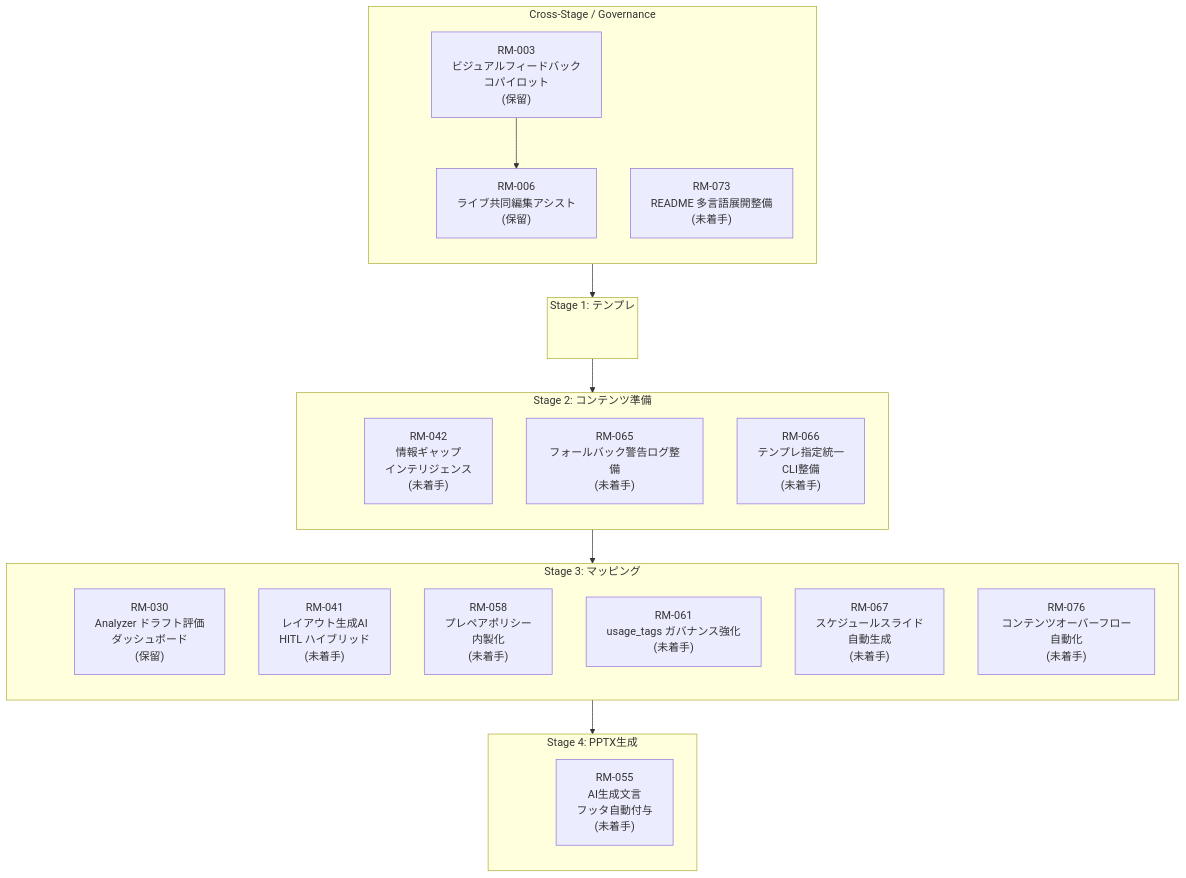
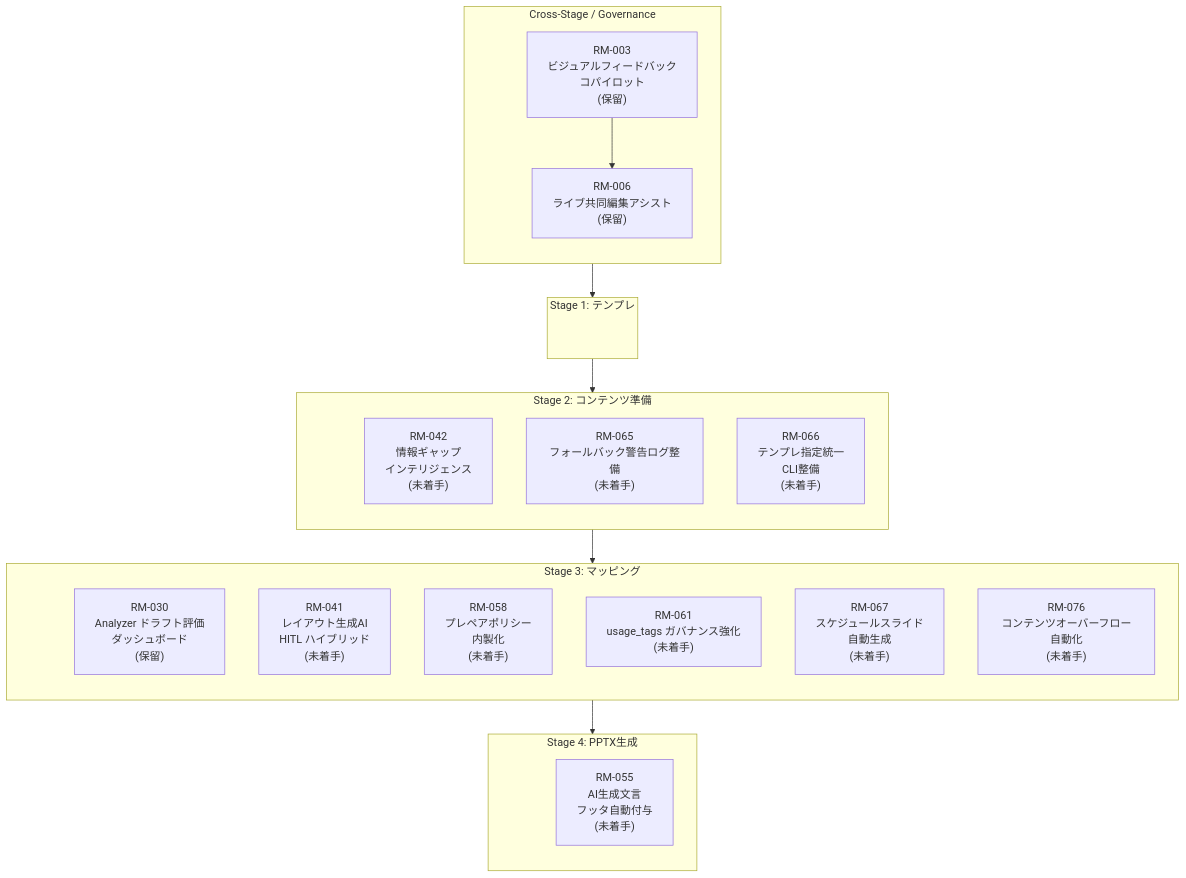
The diagram in docs/roadmap/roadmap.md (yurake/pptx_generator), drawn with Mermaid before and after one commit. The commit also changed other lines of this file, not shown here.

Commit message:
docs: note roadmap pending edits

````diff
--- a/docs/roadmap/roadmap.md
+++ b/docs/roadmap/roadmap.md
@@ -25,50 +25,49 @@
 ```mermaid
 flowchart TB
     subgraph GOV["Cross-Stage / Governance"]
         direction TB
         GOV_ANCHOR(( ))
         RM003["RM-003<br/>ビジュアルフィードバック<br/>コパイロット<br/>(保留)"]
         RM006["RM-006<br/>ライブ共同編集アシスト<br/>(保留)"]
-        RM073["RM-073<br/>README 多言語展開整備<br/>(未着手)"]
     end
 
     subgraph ST1["Stage 1: テンプレ"]
         direction TB
         ST1_ANCHOR(( ))
     end
 
     subgraph ST2["Stage 2: コンテンツ準備"]
         direction TB
         ST2_ANCHOR(( ))
         RM042["RM-042<br/>情報ギャップ<br/>インテリジェンス<br/>(未着手)"]
         RM065["RM-065<br/>フォールバック警告ログ整備<br/>(未着手)"]
         RM066["RM-066<br/>テンプレ指定統一<br/>CLI整備<br/>(未着手)"]
     end
 
     subgraph ST3["Stage 3: マッピング"]
         direction TB
         ST3_ANCHOR(( ))
         RM030["RM-030<br/>Analyzer ドラフト評価<br/>ダッシュボード<br/>(保留)"]
         RM041["RM-041<br/>レイアウト生成AI<br/>HITL ハイブリッド<br/>(未着手)"]
         RM058["RM-058<br/>プレペアポリシー<br/>内製化<br/>(未着手)"]
         RM061["RM-061<br/>usage_tags ガバナンス強化<br/>(未着手)"]
         RM067["RM-067<br/>スケジュールスライド<br/>自動生成<br/>(未着手)"]
         RM076["RM-076<br/>コンテンツオーバーフロー自動化<br/>(未着手)"]
     end
 
     subgraph ST4["Stage 4: PPTX生成"]
         direction TB
         ST4_ANCHOR(( ))
         RM055["RM-055<br/>AI生成文言<br/>フッタ自動付与<br/>(未着手)"]
     end
 
     style GOV_ANCHOR fill:transparent,stroke:transparent
     style ST1_ANCHOR fill:transparent,stroke:transparent
     style ST2_ANCHOR fill:transparent,stroke:transparent
     style ST3_ANCHOR fill:transparent,stroke:transparent
     style ST4_ANCHOR fill:transparent,stroke:transparent
 
     GOV_ANCHOR --> ST1_ANCHOR --> ST2_ANCHOR --> ST3_ANCHOR --> ST4_ANCHOR
 
     RM003 --> RM006
 ```
````
